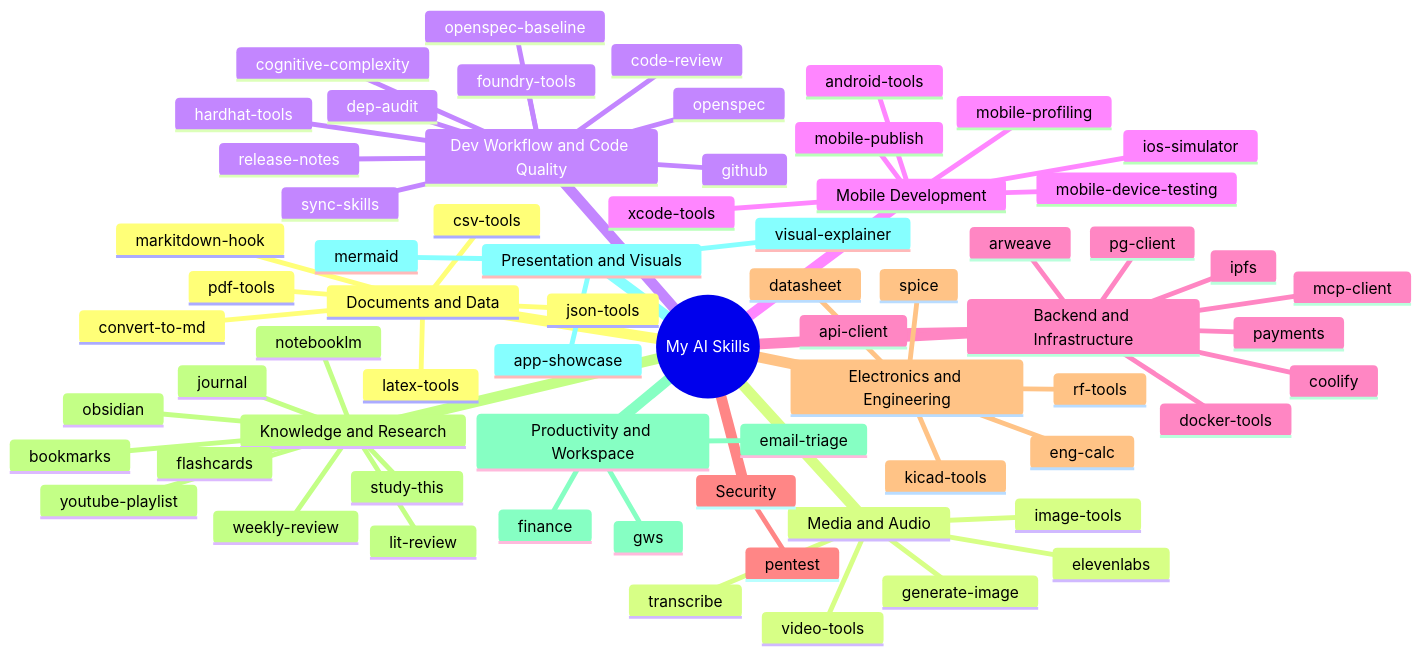
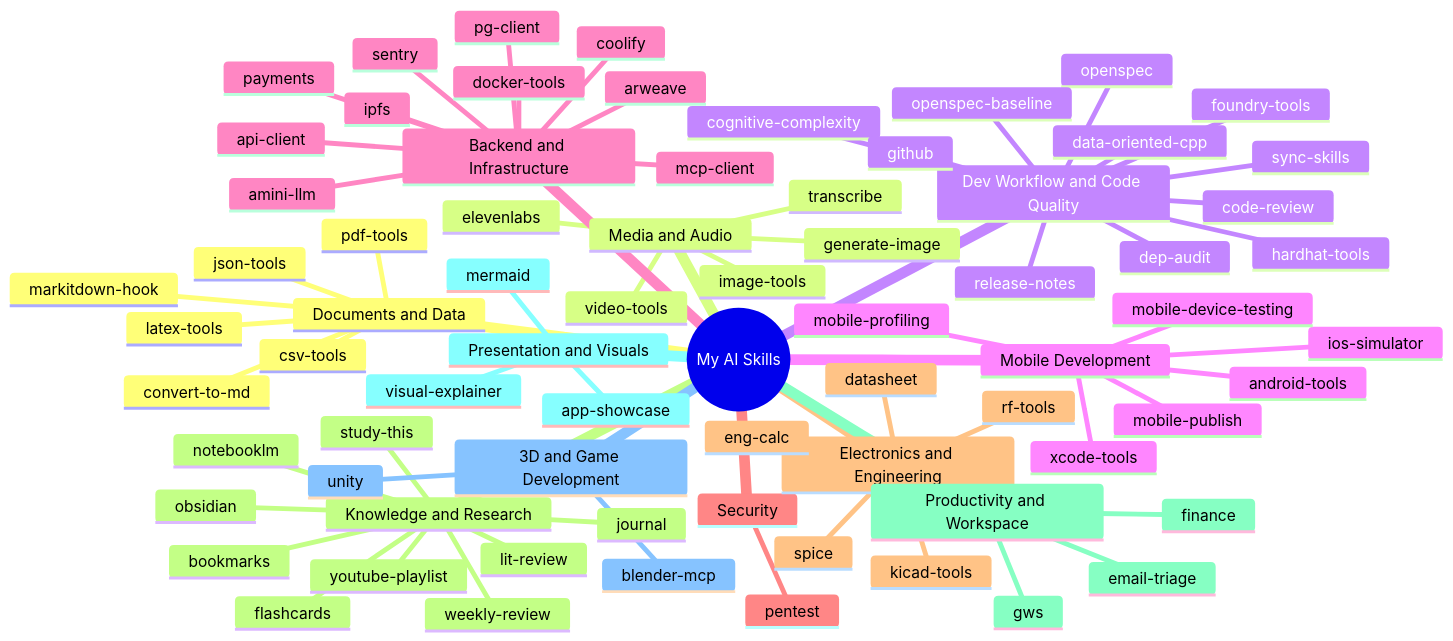
One commit to leonardoaraujosantos/my_ai_skills changed the diagram in README.md. Above: the diagram before and after it, drawn with Mermaid. The commit also changed other lines of this file and 31 other files, not shown here.

````diff
--- a/README.md
+++ b/README.md
@@ -9,70 +9,76 @@
 ```mermaid
 mindmap
   root((My AI Skills))
     Documents and Data
       convert-to-md
       csv-tools
       json-tools
       latex-tools
       markitdown-hook
       pdf-tools
     Media and Audio
       elevenlabs
       generate-image
       image-tools
       transcribe
       video-tools
     Dev Workflow and Code Quality
       code-review
       cognitive-complexity
+      data-oriented-cpp
       dep-audit
       foundry-tools
       github
       hardhat-tools
       openspec
       openspec-baseline
       release-notes
       sync-skills
     Mobile Development
       android-tools
       ios-simulator
       mobile-device-testing
       mobile-profiling
       mobile-publish
       xcode-tools
     Backend and Infrastructure
+      amini-llm
       api-client
       arweave
       coolify
       docker-tools
       ipfs
       mcp-client
       payments
       pg-client
+      sentry
     Security
       pentest
     Electronics and Engineering
       datasheet
       eng-calc
       kicad-tools
       rf-tools
       spice
     Knowledge and Research
       bookmarks
       flashcards
       journal
       lit-review
       notebooklm
       obsidian
       study-this
       weekly-review
       youtube-playlist
     Productivity and Workspace
       email-triage
       finance
       gws
     Presentation and Visuals
       app-showcase
       mermaid
       visual-explainer
+    3D and Game Development
+      blender-mcp
+      unity
 ```
````
